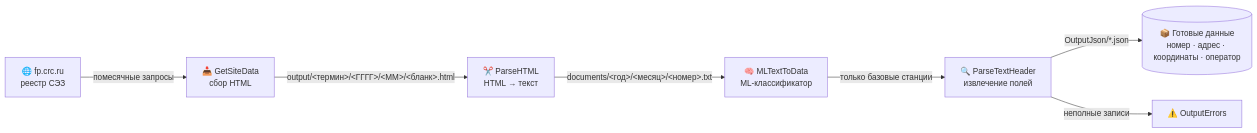
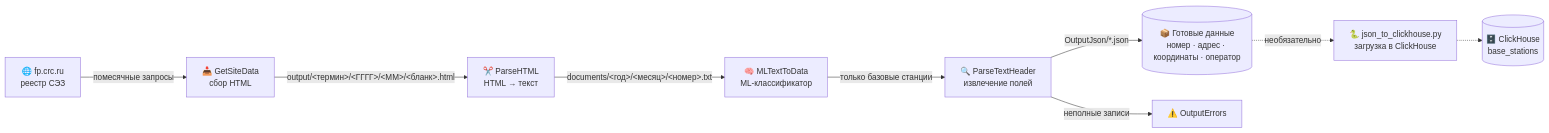
The first of 4 diagrams in README.md (akprof2000/Get-data-from-fp.crc.ru), drawn with Mermaid before and after one commit. The commit also changed other lines of this file and 3 other files, not shown here.

````diff
--- a/README.md
+++ b/README.md
@@ -11,9 +11,11 @@
 ```mermaid
 flowchart LR
     A[🌐 fp.crc.ru<br>реестр СЭЗ] -->|помесячные запросы| B[📥 GetSiteData<br>сбор HTML]
     B -->|"output/&lt;термин&gt;/&lt;ГГГГ&gt;/&lt;ММ&gt;/&lt;бланк&gt;.html"| C[✂️ ParseHTML<br>HTML → текст]
     C -->|"documents/&lt;год&gt;/&lt;месяц&gt;/&lt;номер&gt;.txt"| D[🧠 MLTextToData<br>ML-классификатор]
     D -->|только базовые станции| E[🔍 ParseTextHeader<br>извлечение полей]
     E -->|"OutputJson/*.json"| F[(📦 Готовые данные<br>номер · адрес · координаты · оператор)]
     E -->|неполные записи| G[⚠️ OutputErrors]
+    F -.->|необязательно| H[🐍 json_to_clickhouse.py<br>загрузка в ClickHouse]
+    H -.-> I[(🗄️ ClickHouse<br>base_stations)]
 ```
````
